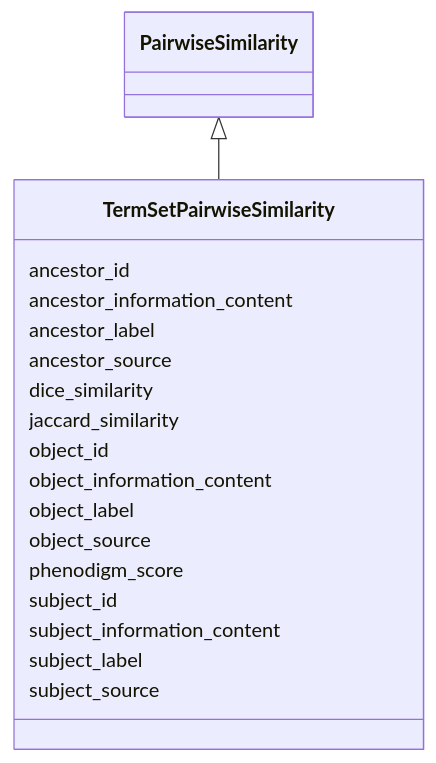
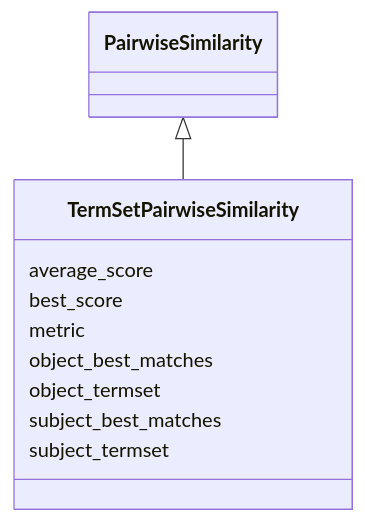
Before and after one commit to INCATools/ontology-access-kit: the diagram in docs/datamodels/similarity/TermSetPairwiseSimilarity.md, drawn with Mermaid. The commit also changed other lines of this file and 517 other files, not shown here.

````diff
--- a/docs/datamodels/similarity/TermSetPairwiseSimilarity.md
+++ b/docs/datamodels/similarity/TermSetPairwiseSimilarity.md
@@ -13,22 +10,14 @@
 ```{mermaid}
  classDiagram
+    class TermSetPairwiseSimilarity
       PairwiseSimilarity <|-- TermSetPairwiseSimilarity
       
-      TermSetPairwiseSimilarity : ancestor_id
-      TermSetPairwiseSimilarity : ancestor_information_content
-      TermSetPairwiseSimilarity : ancestor_label
-      TermSetPairwiseSimilarity : ancestor_source
-      TermSetPairwiseSimilarity : dice_similarity
-      TermSetPairwiseSimilarity : jaccard_similarity
-      TermSetPairwiseSimilarity : object_id
-      TermSetPairwiseSimilarity : object_information_content
-      TermSetPairwiseSimilarity : object_label
-      TermSetPairwiseSimilarity : object_source
-      TermSetPairwiseSimilarity : phenodigm_score
-      TermSetPairwiseSimilarity : subject_id
-      TermSetPairwiseSimilarity : subject_information_content
-      TermSetPairwiseSimilarity : subject_label
-      TermSetPairwiseSimilarity : subject_source
+      TermSetPairwiseSimilarity : average_score
+      TermSetPairwiseSimilarity : best_score
+      TermSetPairwiseSimilarity : metric
+      TermSetPairwiseSimilarity : object_best_matches
+      TermSetPairwiseSimilarity : object_termset
+      TermSetPairwiseSimilarity : subject_best_matches
+      TermSetPairwiseSimilarity : subject_termset
       
-
 ```
````
